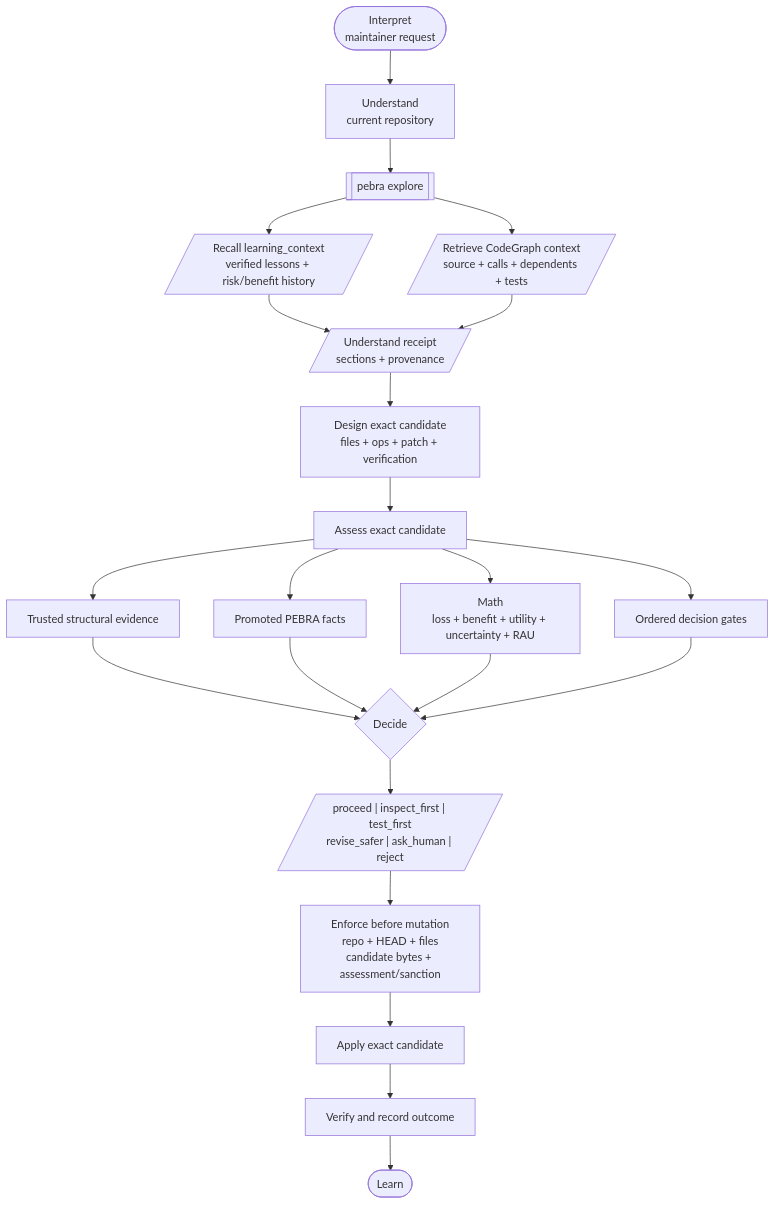
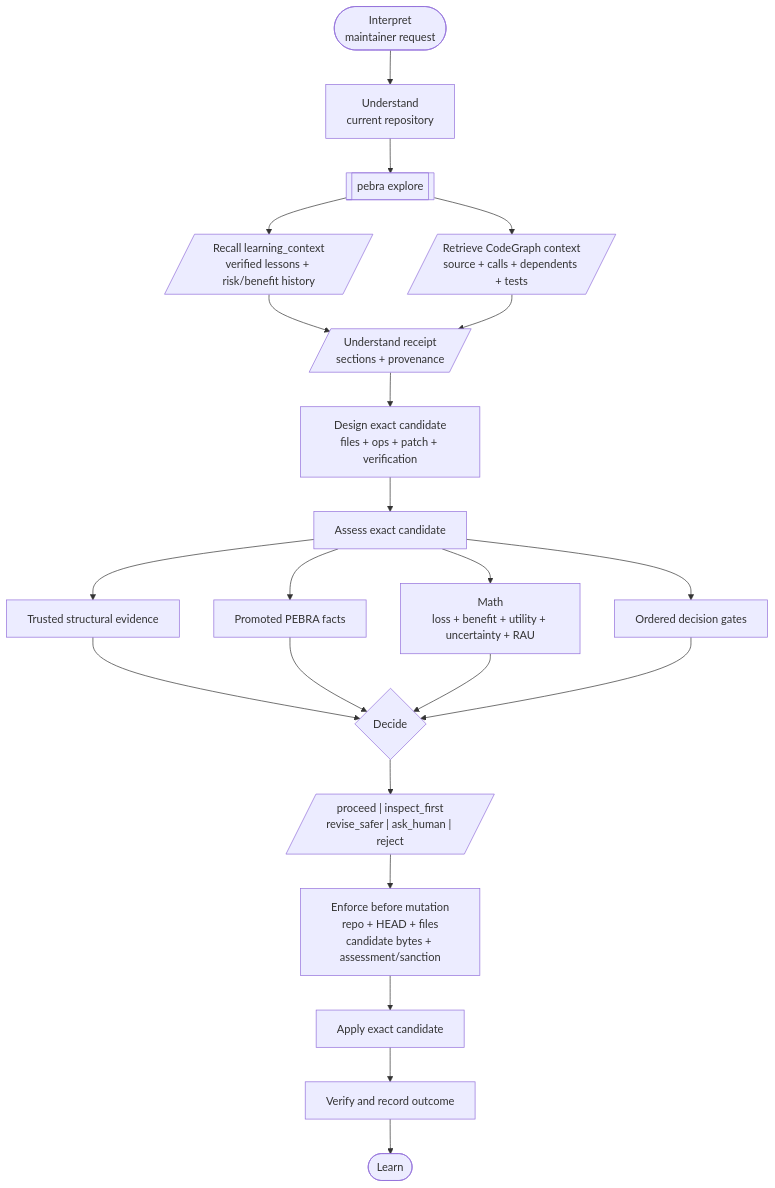
Before and after one commit to Rajioba1/pebra: the diagram in README.md, drawn with Mermaid. The commit also changed other lines of this file and 12 other files, not shown here.

````diff
--- a/README.md
+++ b/README.md
@@ -107,31 +110,31 @@
 ```mermaid
 flowchart TB
     A([Interpret<br/>maintainer request])
     B[Understand<br/>current repository]
     X[[pebra explore]]
     R[/Recall learning_context<br/>verified lessons + risk/benefit history/]
     Cg[/Retrieve CodeGraph context<br/>source + calls + dependents + tests/]
     U[/Understand receipt<br/>sections + provenance/]
     D[Design exact candidate<br/>files + ops + patch + verification]
     As[Assess exact candidate]
     S1[Trusted structural evidence]
     S2[Promoted PEBRA facts]
     S3[Math<br/>loss + benefit + utility + uncertainty + RAU]
     S4[Ordered decision gates]
     E{Decide}
-    O[/proceed | inspect_first | test_first<br/>revise_safer | ask_human | reject/]
+    O[/proceed | inspect_first<br/>revise_safer | ask_human | reject/]
     F[Enforce before mutation<br/>repo + HEAD + files<br/>candidate bytes + assessment/sanction]
     G[Apply exact candidate]
     H[Verify and record outcome]
     I([Learn])
 
     A --> B --> X
     X --> R --> U
     X --> Cg --> U
     U --> D --> As
     As --> S1 --> E
     As --> S2 --> E
     As --> S3 --> E
     As --> S4 --> E
     E --> O --> F --> G --> H --> I
 ```
````
